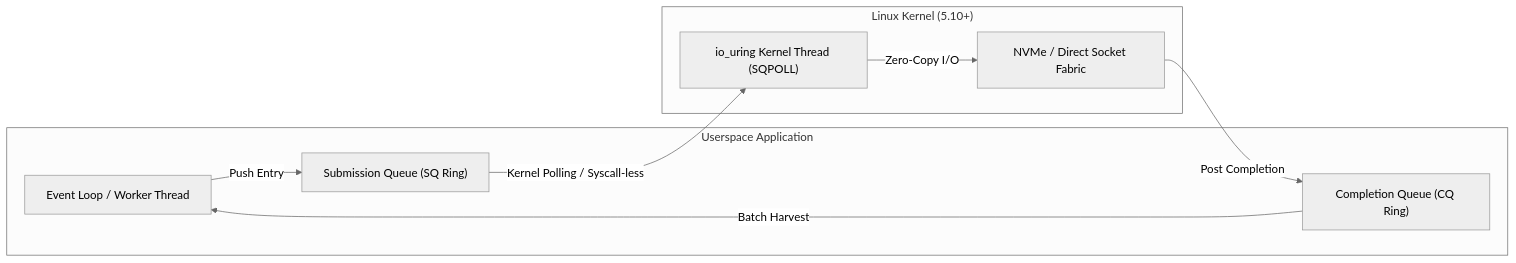
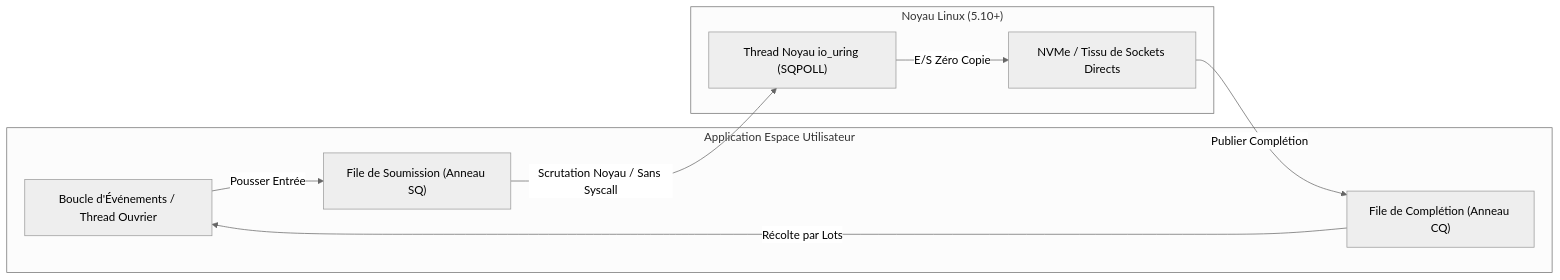
One commit to maya-thorne/ring-io changed the diagram in docs/locales/fr.md. Above: the diagram before and after it, drawn with Mermaid (neutral theme). The commit also changed 8 other files, not shown here.

Commit message:
docs: localize architecture mermaid diagrams for all languages

````diff
--- a/docs/locales/fr.md
+++ b/docs/locales/fr.md
@@ -31,19 +31,19 @@
 ```mermaid
 flowchart LR
-    subgraph Userspace ["Userspace Application"]
-        App["Event Loop / Worker Thread"]
-        SQ["Submission Queue (SQ Ring)"]
-        CQ["Completion Queue (CQ Ring)"]
+    subgraph Userspace ["Application Espace Utilisateur"]
+        App["Boucle d'Événements / Thread Ouvrier"]
+        SQ["File de Soumission (Anneau SQ)"]
+        CQ["File de Complétion (Anneau CQ)"]
     end
 
-    subgraph Kernel ["Linux Kernel (5.10+)"]
-        KernelThread["io_uring Kernel Thread (SQPOLL)"]
-        Storage["NVMe / Direct Socket Fabric"]
+    subgraph Kernel ["Noyau Linux (5.10+)"]
+        KernelThread["Thread Noyau io_uring (SQPOLL)"]
+        Storage["NVMe / Tissu de Sockets Directs"]
     end
 
-    App -->|Push Entry| SQ
-    SQ -->|Kernel Polling / Syscall-less| KernelThread
-    KernelThread -->|Zero-Copy I/O| Storage
-    Storage -->|Post Completion| CQ
-    CQ -->|Batch Harvest| App
+    App -->|Pousser Entrée| SQ
+    SQ -->|Scrutation Noyau / Sans Syscall| KernelThread
+    KernelThread -->|E/S Zéro Copie| Storage
+    Storage -->|Publier Complétion| CQ
+    CQ -->|Récolte par Lots| App
 ```
````
